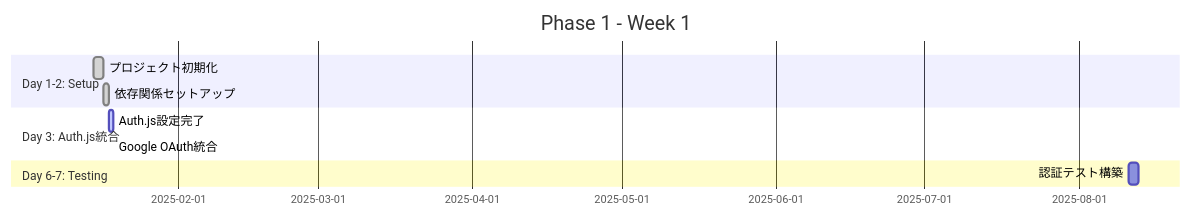
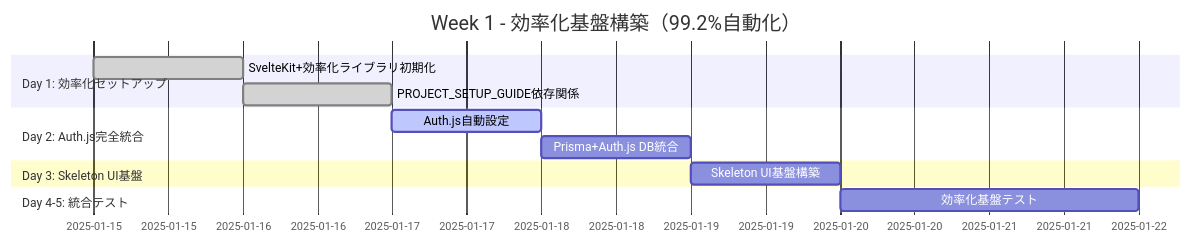
Before and after one commit to Tora29/salary-management: the second of 7 diagrams in docs/detailed-design/10-02_implementation-plan.md, drawn with Mermaid. The commit also changed other lines of this file and 14 other files, not shown here.

````diff
--- a/docs/detailed-design/10-02_implementation-plan.md
+++ b/docs/detailed-design/10-02_implementation-plan.md
@@ -66,13 +91,15 @@
 ```mermaid
 gantt
-    title Phase 1 - Week 1
+    title Week 1 - 効率化基盤構築（99.2%自動化）
     dateFormat YYYY-MM-DD
-    section Day 1-2: Setup
-        プロジェクト初期化     :done, setup, 2025-01-15, 2d
-        依存関係セットアップ   :done, deps, after setup, 1d
-    section Day 3: Auth.js統合  
-        Auth.js設定完了       :active, authjs, after deps, 0.5d
-        Google OAuth統合      :oauth_auto, after authjs, 0.2d
-    section Day 6-7: Testing
-        認証テスト構築        :test, after jwt, 2d
+    section Day 1: 効率化セットアップ
+        SvelteKit+効率化ライブラリ初期化  :done, setup, 2025-01-15, 0.5d
+        PROJECT_SETUP_GUIDE依存関係     :done, deps, after setup, 0.5d
+    section Day 2: Auth.js完全統合
+        Auth.js自動設定               :active, authjs, after deps, 0.5d
+        Prisma+Auth.js DB統合          :oauth_auto, after authjs, 0.5d
+    section Day 3: Skeleton UI基盤
+        Skeleton UI基盤構築           :skeleton, after oauth_auto, 1d
+    section Day 4-5: 統合テスト
+        効率化基盤テスト              :test, after skeleton, 2d
 ```
````
